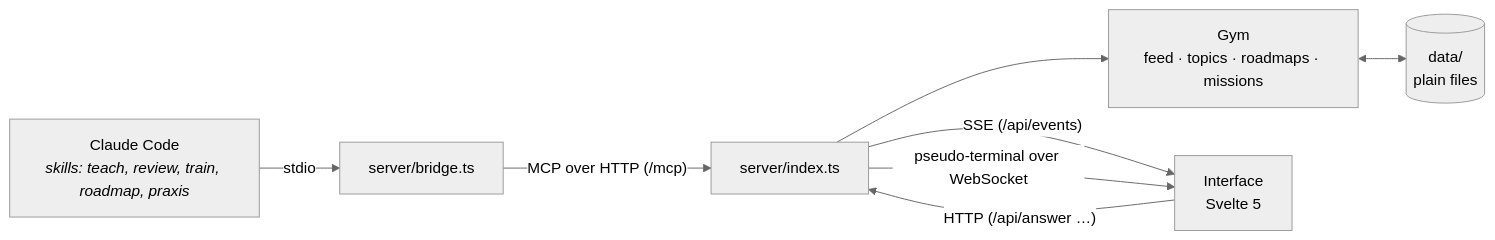
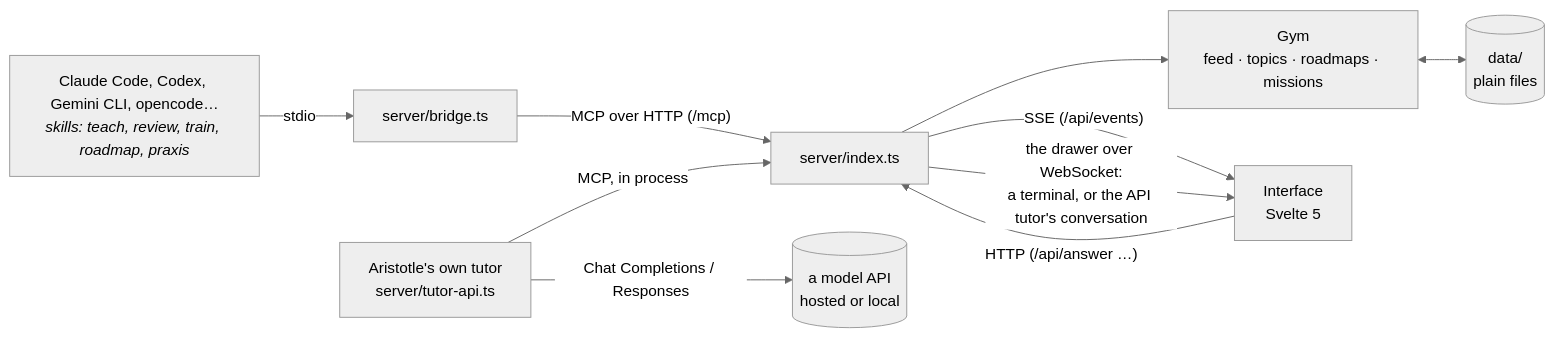
Before and after one commit to Di0go/aristotle: the diagram in docs/architecture.md, drawn with Mermaid (neutral theme). The commit also changed other lines of this file and 65 other files, not shown here.

First line of the commit message:
Any agent or model can teach: Codex, Gemini CLI, opencode, or a model API

````diff
--- a/docs/architecture.md
+++ b/docs/architecture.md
@@ -5,10 +5,12 @@
 ```mermaid
 flowchart LR
-    CC["Claude Code<br/><i>skills: teach, review, train, roadmap, praxis</i>"] -- stdio --> B["server/bridge.ts"]
+    CC["Claude Code, Codex, Gemini CLI, opencode…<br/><i>skills: teach, review, train, roadmap, praxis</i>"] -- stdio --> B["server/bridge.ts"]
     B -- "MCP over HTTP (/mcp)" --> S["server/index.ts"]
+    API["Aristotle's own tutor<br/>server/tutor-api.ts"] -- "MCP, in process" --> S
+    API -- "Chat Completions / Responses" --> M[("a model API<br/>hosted or local")]
     S --> G["Gym<br/>feed · topics · roadmaps · missions"]
     G <--> D[("data/<br/>plain files")]
     S -- "SSE (/api/events)" --> UI["Interface<br/>Svelte 5"]
     UI -- "HTTP (/api/answer …)" --> S
-    S -- "pseudo-terminal over WebSocket" --> UI
+    S -- "the drawer over WebSocket:<br/>a terminal, or the API tutor's conversation" --> UI
 ```
````
